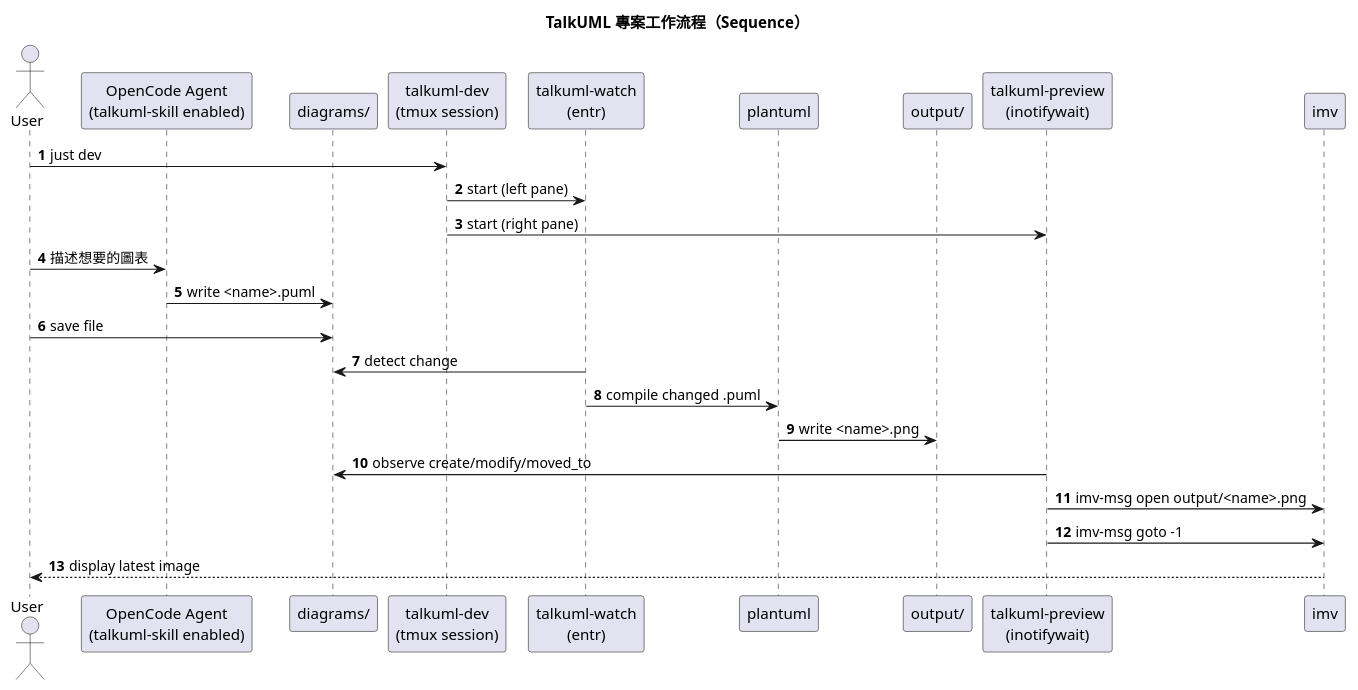
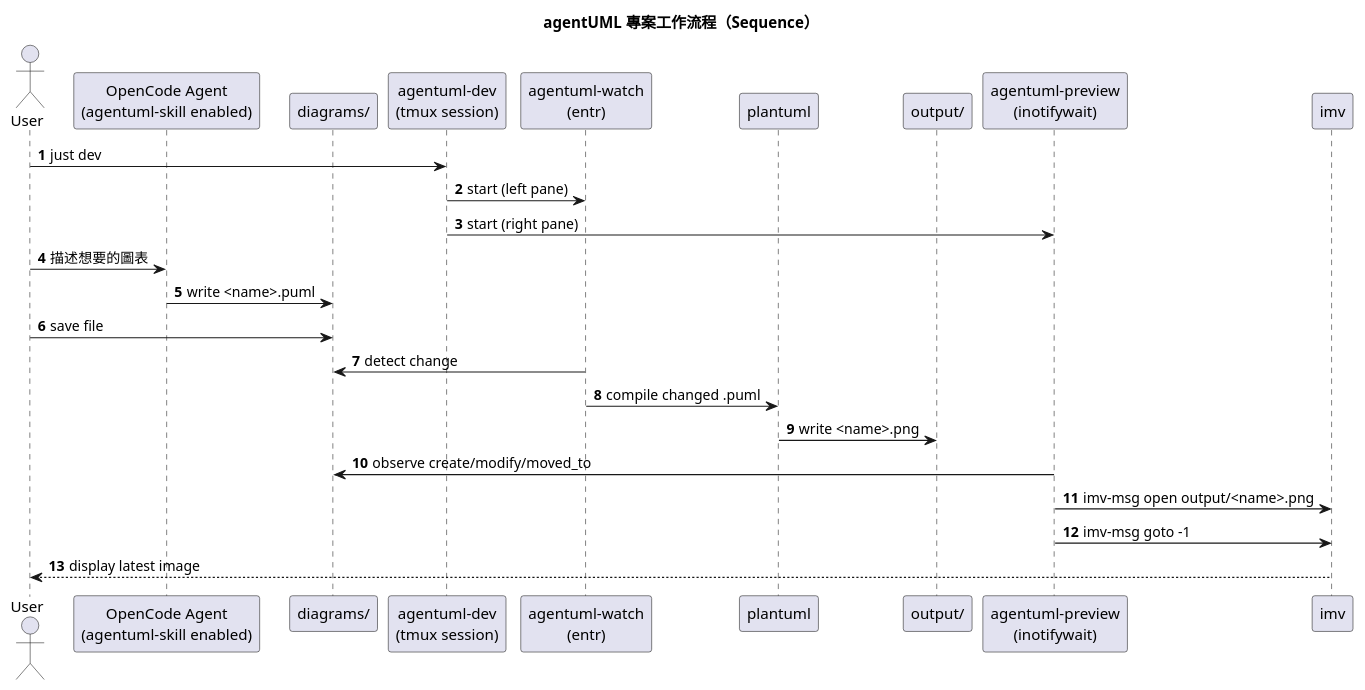
The diagram in imgs/sequence.puml (jason9075/agentUML), drawn with PlantUML before and after one commit. The commit also changed 10 other files, not shown here.

Commit message:
chore(project): Unify project branding and naming to agentUML

```diff
--- a/imgs/sequence.puml
+++ b/imgs/sequence.puml
@@ -1,33 +1,33 @@
 @startuml sequence
-title TalkUML 專案工作流程（Sequence）
+title agentUML 專案工作流程（Sequence）
 
 autonumber
 
 actor User
-participant "OpenCode Agent\n(talkuml-skill enabled)" as Agent
+participant "OpenCode Agent\n(agentuml-skill enabled)" as Agent
 participant "diagrams/" as Diagrams
-participant "talkuml-dev\n(tmux session)" as Dev
-participant "talkuml-watch\n(entr)" as Watch
+participant "agentuml-dev\n(tmux session)" as Dev
+participant "agentuml-watch\n(entr)" as Watch
 participant "plantuml" as PlantUML
 participant "output/" as Output
-participant "talkuml-preview\n(inotifywait)" as Preview
+participant "agentuml-preview\n(inotifywait)" as Preview
 participant "imv" as Imv
 
 User -> Dev : just dev
 Dev -> Watch : start (left pane)
 Dev -> Preview : start (right pane)
 
 User -> Agent : 描述想要的圖表
 Agent -> Diagrams : write <name>.puml
 User -> Diagrams : save file
 
 Watch -> Diagrams : detect change
 Watch -> PlantUML : compile changed .puml
 PlantUML -> Output : write <name>.png
 
 Preview -> Diagrams : observe create/modify/moved_to
 Preview -> Imv : imv-msg open output/<name>.png
 Preview -> Imv : imv-msg goto -1
 Imv --> User : display latest image
 
 @enduml
```
